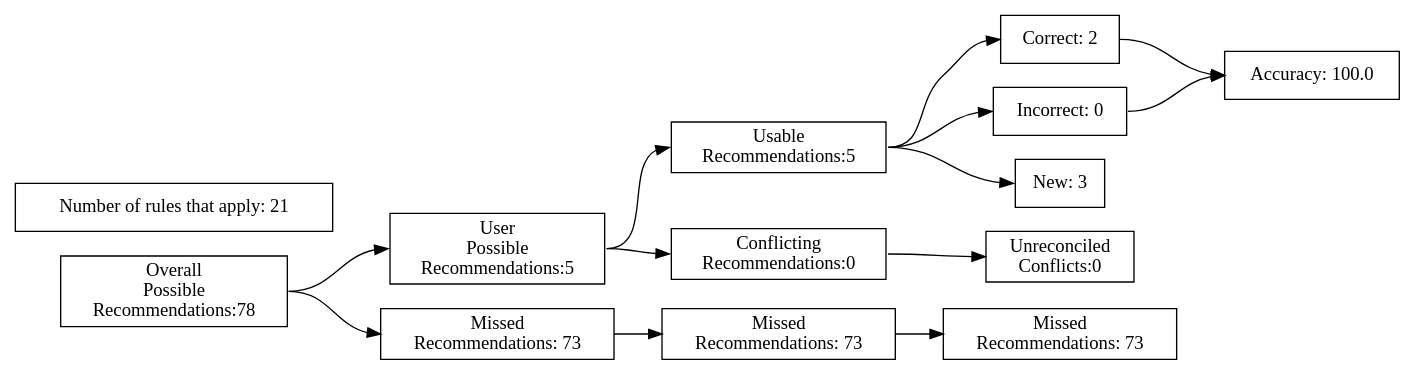
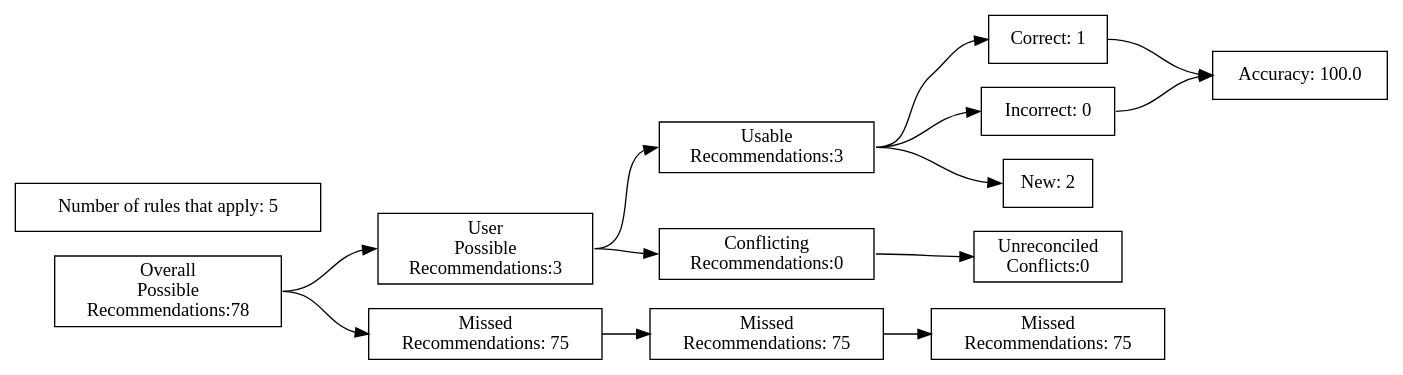
One commit to ZaxR/ibd_diet_analysis changed the diagram in test_renders/95.gv. Above: the diagram before and after it, drawn with Graphviz. The commit also changed 226 other files, not shown here.

Commit message:
Add model rule chart; fix typos

```diff
--- a/test_renders/95.gv
+++ b/test_renders/95.gv
@@ -1,40 +1,40 @@
 digraph {
 	graph [rankdir=LR]
 	node [pos=r shape=box]
 	edge [headport=w tailport=e]
 		A [label="Overall
 Possible
 Recommendations:78"]
 		B [label="User
 Possible
-Recommendations:5"]
+Recommendations:3"]
 		C [label="Missed
-Recommendations: 73"]
+Recommendations: 75"]
 		D [label="Usable
-Recommendations:5"]
+Recommendations:3"]
 		E [label="Conflicting
 Recommendations:0"]
 		J [label="Missed
-Recommendations: 73"]
+Recommendations: 75"]
 		M [label="Unreconciled
 Conflicts:0"]
-		F [label="Correct: 2"]
+		F [label="Correct: 1"]
 		G [label="Incorrect: 0"]
-		H [label="New: 3"]
+		H [label="New: 2"]
 		K [label="Missed
-Recommendations: 73"]
+Recommendations: 75"]
 		I [label="Accuracy: 100.0"]
-		l [label="Number of rules that apply: 21"]
+		l [label="Number of rules that apply: 5"]
 			A -> B
 			A -> C
 			B -> D
 			B -> E
 			D -> F
 			D -> G
 			D -> H
 			F -> I
 			G -> I
 			C -> J
 			J -> K
 			E -> M
 }
```
